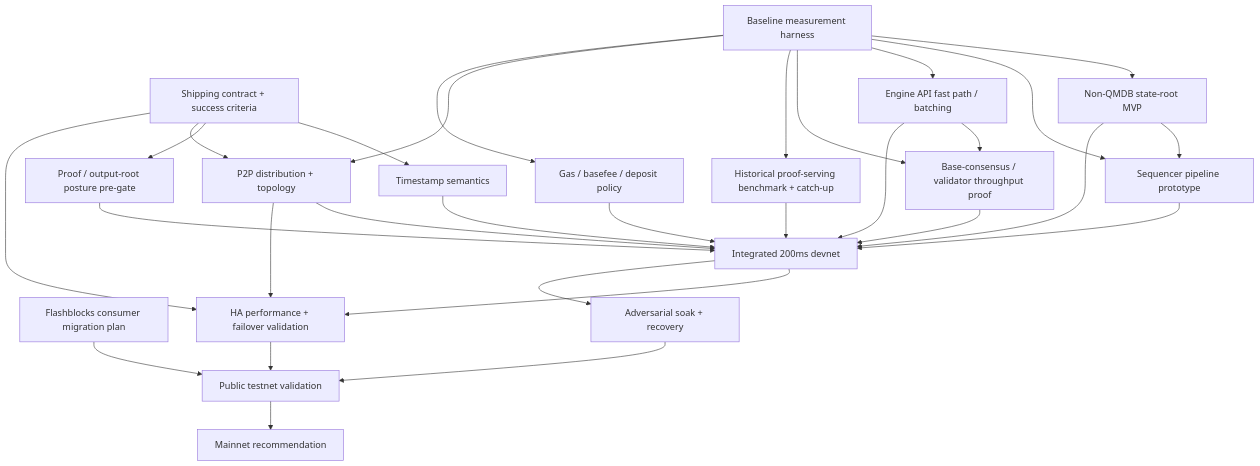
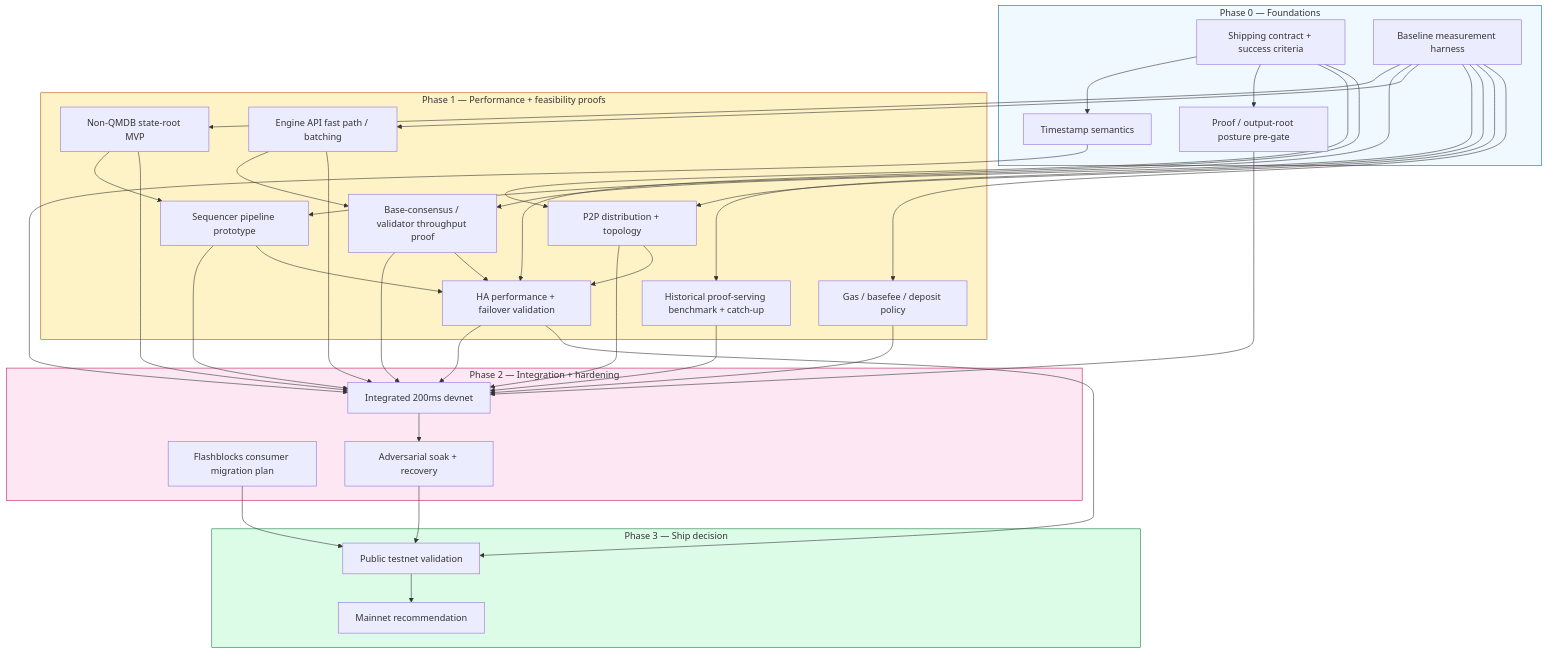
One commit to 0x00101010/notes changed the diagram in 200ms-blocks/src/content/plan.md. Above: the diagram before and after it, drawn with Mermaid. The commit also changed other lines of this file and 4 other files, not shown here.

````diff
--- a/200ms-blocks/src/content/plan.md
+++ b/200ms-blocks/src/content/plan.md
@@ -129,50 +129,68 @@
 ```mermaid
 flowchart TD
-    A[Shipping contract + success criteria]
-    B[Baseline measurement harness]
-    C[Timestamp semantics]
-    D[Proof / output-root posture pre-gate]
-    E[Non-QMDB state-root MVP]
-    F[Sequencer pipeline prototype]
-    G[Engine API fast path / batching]
-    H[Base-consensus / validator throughput proof]
-    I[Historical proof-serving benchmark + catch-up]
-    K[P2P distribution + topology]
-    L[Gas / basefee / deposit policy]
-    M[Flashblocks consumer migration plan]
-    N[Integrated 200ms devnet]
-    O[HA performance + failover validation]
-    P[Adversarial soak + recovery]
-    Q[Public testnet validation]
-    R[Mainnet recommendation]
+    subgraph P0 [Phase 0 — Foundations]
+        A[Shipping contract + success criteria]
+        B[Baseline measurement harness]
+        C[Timestamp semantics]
+        D[Proof / output-root posture pre-gate]
+    end
+
+    subgraph P1 [Phase 1 — Performance + feasibility proofs]
+        E[Non-QMDB state-root MVP]
+        F[Sequencer pipeline prototype]
+        G[Engine API fast path / batching]
+        H[Base-consensus / validator throughput proof]
+        I[Historical proof-serving benchmark + catch-up]
+        K[P2P distribution + topology]
+        L[Gas / basefee / deposit policy]
+        O[HA performance + failover validation]
+    end
+
+    subgraph P2 [Phase 2 — Integration + hardening]
+        M[Flashblocks consumer migration plan]
+        N[Integrated 200ms devnet]
+        P[Adversarial soak + recovery]
+    end
+
+    subgraph P3 [Phase 3 — Ship decision]
+        Q[Public testnet validation]
+        R[Mainnet recommendation]
+    end
 
     A --> C
     A --> D
     A --> K
     A --> O
     B --> E
     B --> F
     B --> G
     B --> H
     B --> I
     B --> K
     B --> L
     E --> F
     G --> H
     C --> N
     D --> N
     E --> N
     F --> N
     G --> N
     H --> N
     I --> N
     K --> N
     L --> N
     K --> O
-    N --> O
+    F --> O
+    H --> O
+    O --> N
     N --> P
     M --> Q
     O --> Q
     P --> Q
     Q --> R
+
+    style P0 fill:#f0f9ff,stroke:#0369a1
+    style P1 fill:#fef3c7,stroke:#b45309
+    style P2 fill:#fce7f3,stroke:#be185d
+    style P3 fill:#dcfce7,stroke:#15803d
 ```
````
